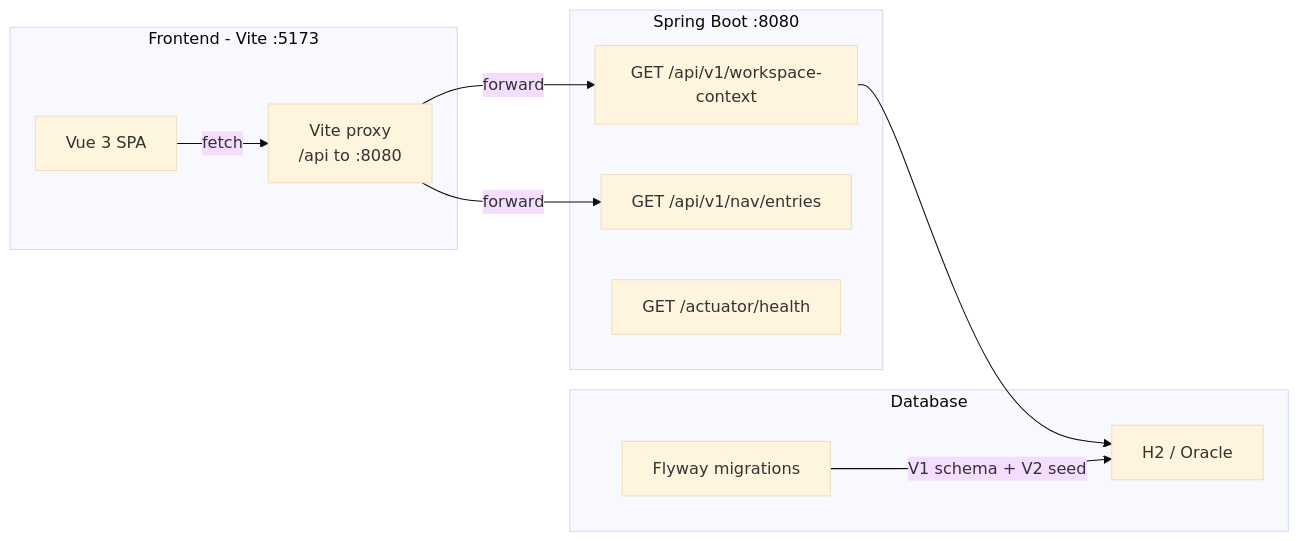
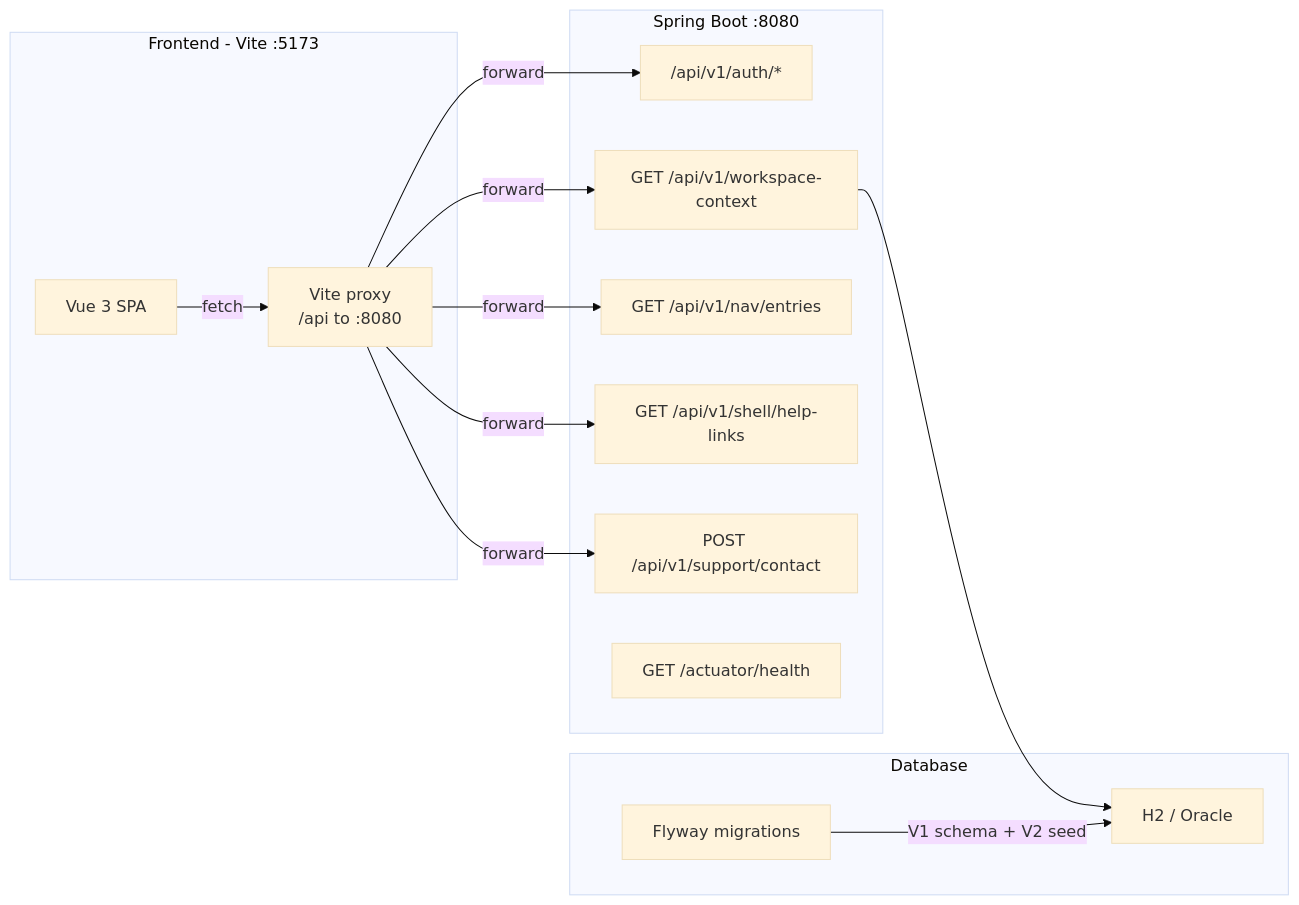
One commit to wwa-lab/Agentic-SDLC-Control-Tower changed the fifth of 5 diagrams in docs/04-architecture/shared-app-shell-architecture.md. Above: the diagram before and after it, drawn with Mermaid (base theme). The commit also changed other lines of this file and 88 other files, not shown here.

````diff
--- a/docs/04-architecture/shared-app-shell-architecture.md
+++ b/docs/04-architecture/shared-app-shell-architecture.md
@@ -225,24 +225,30 @@
 ```mermaid
 graph LR
     subgraph Frontend["Frontend - Vite :5173"]
         FE["Vue 3 SPA"]
         PROXY["Vite proxy<br/>/api to :8080"]
     end
 
     subgraph Backend["Spring Boot :8080"]
+        AUTH_API["/api/v1/auth/*"]
         WC_API["GET /api/v1/workspace-context"]
         NAV_API["GET /api/v1/nav/entries"]
+        HELP_API["GET /api/v1/shell/help-links"]
+        SUPPORT_API["POST /api/v1/support/contact"]
         HEALTH["GET /actuator/health"]
     end
 
     subgraph DB["Database"]
         FW["Flyway migrations"]
         STORE["H2 / Oracle"]
     end
 
     FE -->|fetch| PROXY
+    PROXY -->|forward| AUTH_API
     PROXY -->|forward| WC_API
     PROXY -->|forward| NAV_API
+    PROXY -->|forward| HELP_API
+    PROXY -->|forward| SUPPORT_API
     WC_API --> STORE
     FW -->|V1 schema + V2 seed| STORE
 ```
````
